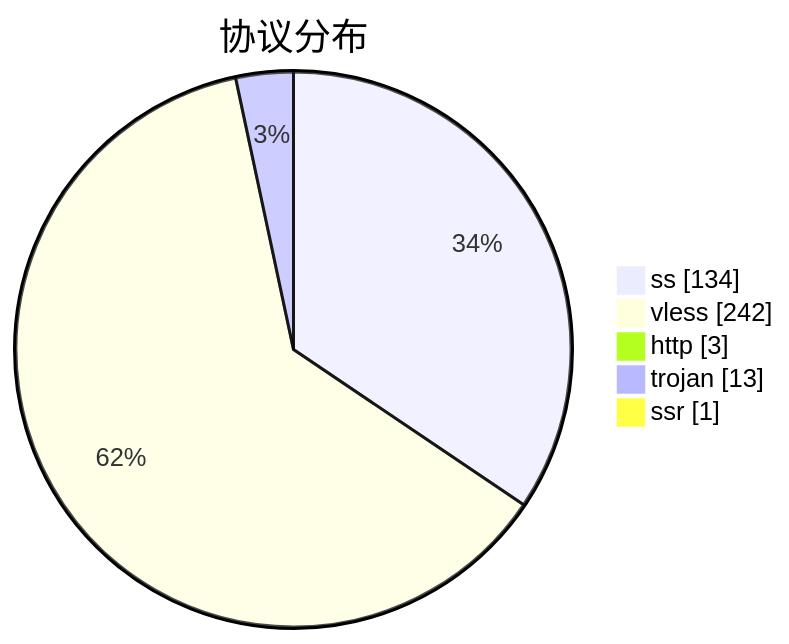
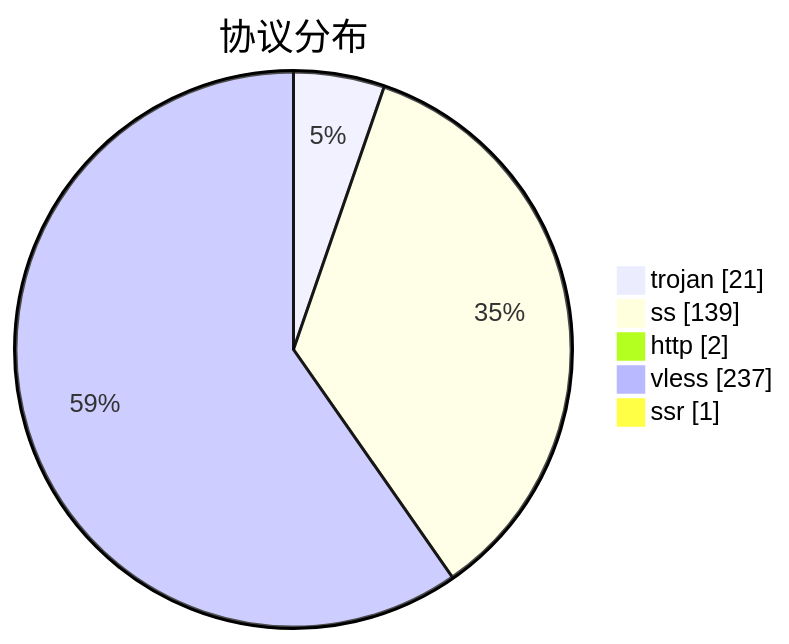
Before and after one commit to qjlxg/airport: the third of 3 diagrams in subs/statistics/tested_within.md, drawn with Mermaid. The commit also changed other lines of this file and 2 other files, not shown here.

````diff
--- a/subs/statistics/tested_within.md
+++ b/subs/statistics/tested_within.md
@@ -19,9 +18,9 @@
 ```mermaid
 pie showData
 title 协议分布
-"ss" : 134
-"vless" : 242
-"http" : 3
-"trojan" : 13
+"trojan" : 21
+"ss" : 139
+"http" : 2
+"vless" : 237
 "ssr" : 1
 ```
````
